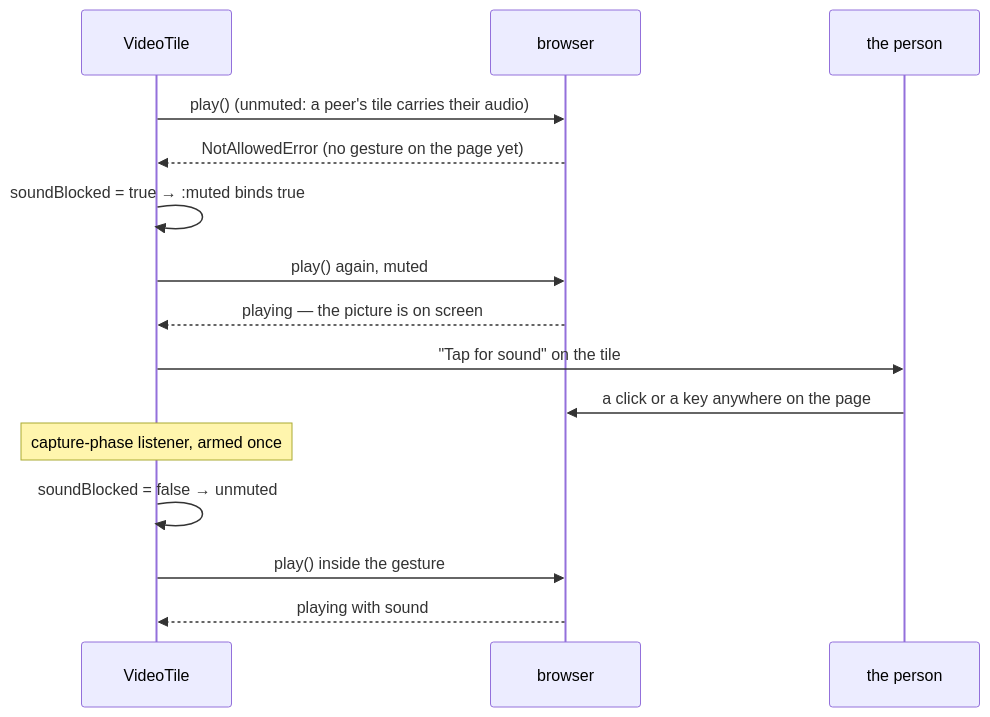
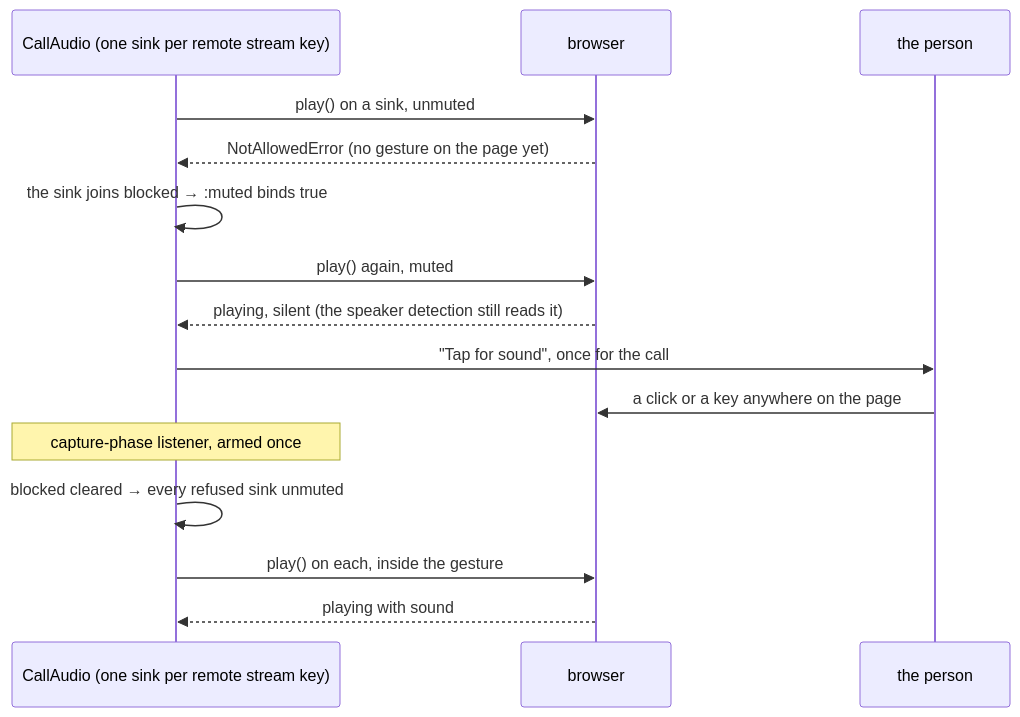
Before and after one commit to gjovanov/roomler-ai: the sixth of 9 diagrams in docs/ui.md, drawn with Mermaid. The commit also changed other lines of this file and 2 other files, not shown here.

First line of the commit message:
docs(ui, real-time): the call's sound is CallAudio's; a tile shows the picture only

````diff
--- a/docs/ui.md
+++ b/docs/ui.md
@@ -505,17 +532,17 @@
 ```mermaid
 sequenceDiagram
-    participant T as VideoTile
+    participant C as CallAudio (one sink per remote stream key)
     participant B as browser
     participant P as the person
-    T->>B: play() (unmuted: a peer's tile carries their audio)
-    B-->>T: NotAllowedError (no gesture on the page yet)
-    T->>T: soundBlocked = true → :muted binds true
-    T->>B: play() again, muted
-    B-->>T: playing — the picture is on screen
-    T->>P: "Tap for sound" on the tile
+    C->>B: play() on a sink, unmuted
+    B-->>C: NotAllowedError (no gesture on the page yet)
+    C->>C: the sink joins blocked → :muted binds true
+    C->>B: play() again, muted
+    B-->>C: playing, silent (the speaker detection still reads it)
+    C->>P: "Tap for sound", once for the call
     P->>B: a click or a key anywhere on the page
-    Note over T: capture-phase listener, armed once
-    T->>T: soundBlocked = false → unmuted
-    T->>B: play() inside the gesture
-    B-->>T: playing with sound
+    Note over C: capture-phase listener, armed once
+    C->>C: blocked cleared → every refused sink unmuted
+    C->>B: play() on each, inside the gesture
+    B-->>C: playing with sound
 ```
````
